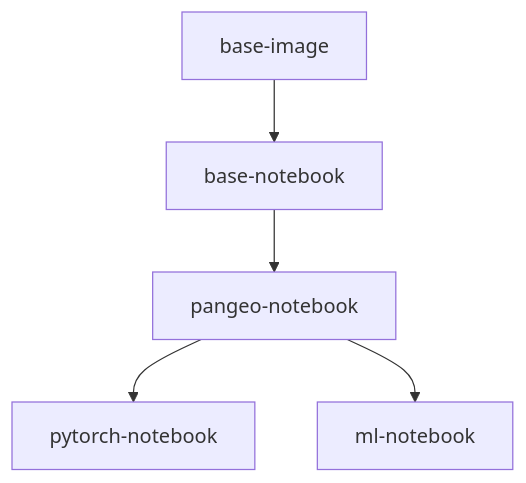
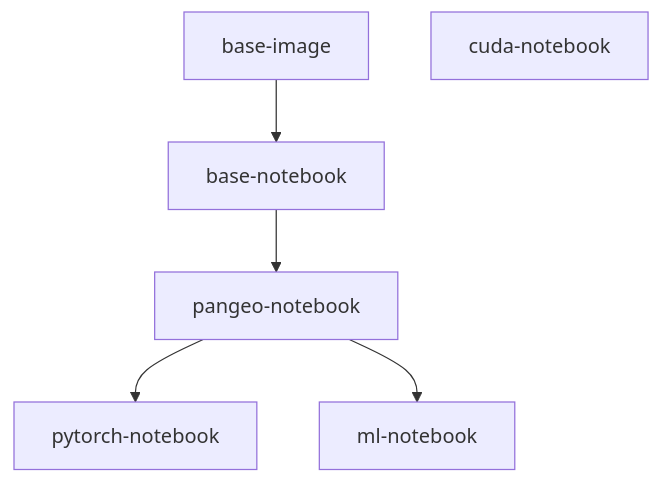
One commit to pangeo-data/pangeo-docker-images changed the diagram in README.md. Above: the diagram before and after it, drawn with Mermaid. The commit also changed other lines of this file and 2 other files, not shown here.

First line of the commit message:
Initialize cuda-notebook Dockerfile

````diff
--- a/README.md
+++ b/README.md
@@ -24,12 +25,13 @@
 ```mermaid
 graph TD;
     base-image-->base-notebook;
     base-notebook-->pangeo-notebook;
     pangeo-notebook-->pytorch-notebook;
     pangeo-notebook-->ml-notebook;
     click base-image "https://hub.docker.com/r/pangeo/base-image" "Open this in a new tab" _blank
     click base-notebook "https://hub.docker.com/r/pangeo/base-notebook" "Open this in a new tab" _blank
     click pangeo-notebook "https://hub.docker.com/r/pangeo/pangeo-notebook" "Open this in a new tab" _blank
     click pytorch-notebook "https://hub.docker.com/r/pangeo/pytorch-notebook" "Open this in a new tab" _blank
     click ml-notebook "https://hub.docker.com/r/pangeo/ml-notebook" "Open this in a new tab" _blank
+    cuda-notebook;
 ```
````
